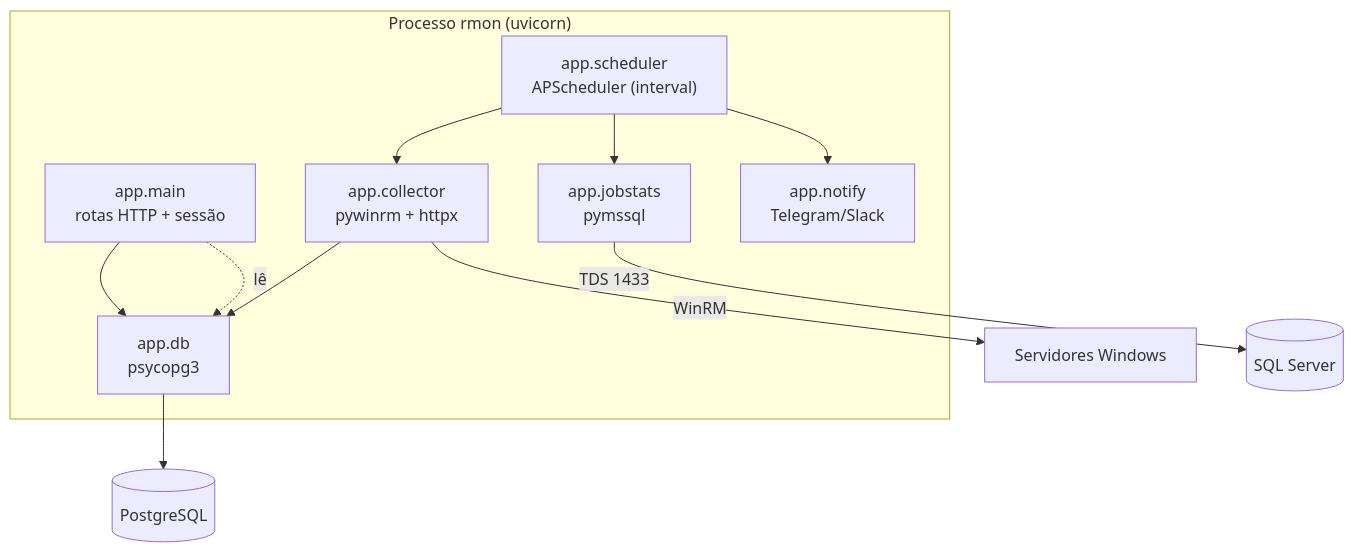
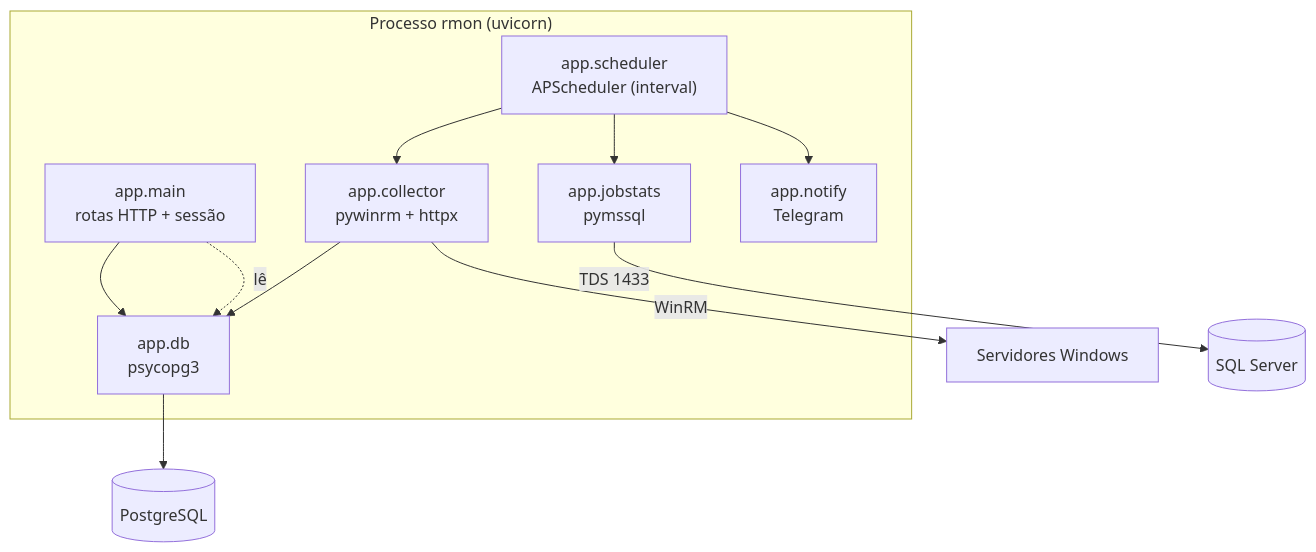
Before and after one commit to brunofaraujo/rmon: the diagram in docs/ARQUITETURA.md, drawn with Mermaid. The commit also changed other lines of this file and 16 other files, not shown here.

First line of the commit message:
Alertas so pelo Telegram: Slack removido (#69)

````diff
--- a/docs/ARQUITETURA.md
+++ b/docs/ARQUITETURA.md
@@ -11,19 +11,19 @@
 ```mermaid
 flowchart TD
     subgraph proc["Processo rmon (uvicorn)"]
         MAIN["app.main<br/>rotas HTTP + sessão"]
         SCH["app.scheduler<br/>APScheduler (interval)"]
         COL["app.collector<br/>pywinrm + httpx"]
         JOB["app.jobstats<br/>pymssql"]
-        NOT["app.notify<br/>Telegram/Slack"]
+        NOT["app.notify<br/>Telegram"]
         DB["app.db<br/>psycopg3"]
     end
     MAIN --> DB
     SCH --> COL --> DB
     SCH --> JOB
     SCH --> NOT
     MAIN -.lê.-> DB
     COL -- WinRM --> WIN["Servidores Windows"]
     JOB -- TDS 1433 --> SQL[("SQL Server")]
     DB --> PG[("PostgreSQL")]
 ```
````
